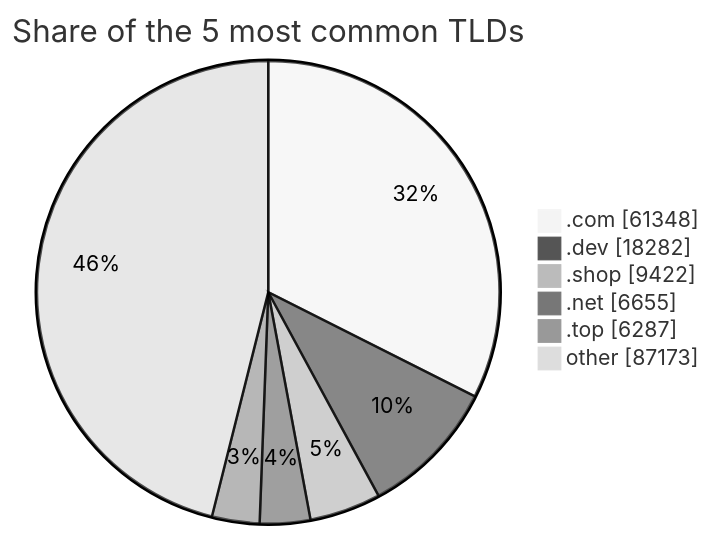
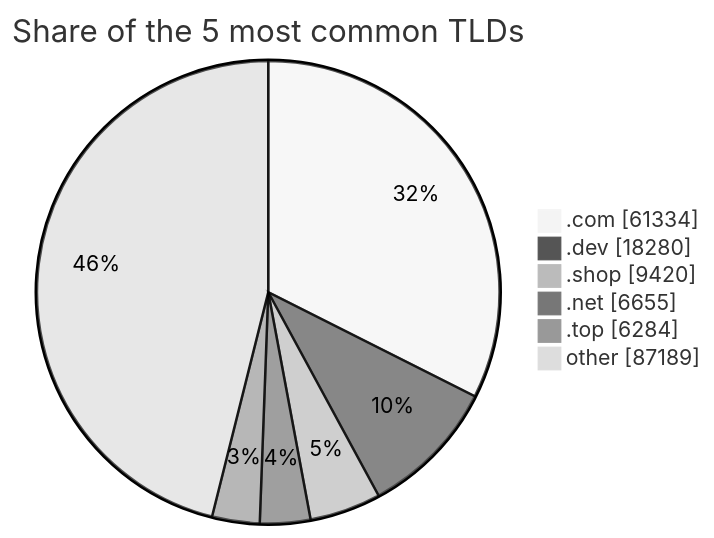
The third of 3 diagrams in README.md (DNSBunker/CTI), drawn with Mermaid (neutral theme) before and after one commit. The commit also changed other lines of this file and 3 other files, not shown here.

````diff
--- a/README.md
+++ b/README.md
@@ -81,9 +81,9 @@
 ```mermaid
 pie showData title Share of the 5 most common TLDs
-    ".com" : 61348
-    ".dev" : 18282
-    ".shop" : 9422
+    ".com" : 61334
+    ".dev" : 18280
+    ".shop" : 9420
     ".net" : 6655
-    ".top" : 6287
-    "other" : 87173
+    ".top" : 6284
+    "other" : 87189
 ```
````
